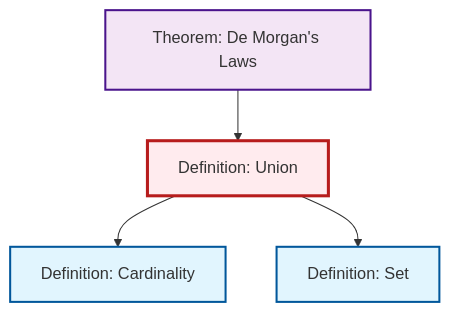
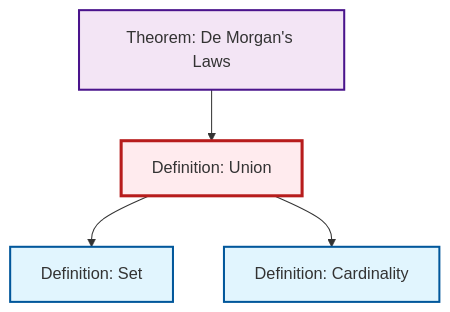
The diagram in content/en/logic-set-theory/def-union.qmd (RK0429/ModernMath), drawn with Mermaid before and after one commit. The commit also changed other lines of this file and 619 other files, not shown here.

````diff
--- a/content/en/logic-set-theory/def-union.qmd
+++ b/content/en/logic-set-theory/def-union.qmd
@@ -54,20 +54,20 @@
 ```{mermaid}
 %%| fig-cap: "Local dependency graph"
 graph TD
     classDef definition fill:#e1f5fe,stroke:#01579b,stroke-width:2px
     classDef theorem fill:#f3e5f5,stroke:#4a148c,stroke-width:2px
     classDef axiom fill:#fff3e0,stroke:#e65100,stroke-width:2px
     classDef example fill:#e8f5e9,stroke:#1b5e20,stroke-width:2px
     classDef current fill:#ffebee,stroke:#b71c1c,stroke-width:3px
     def-union["Definition: Union"]:::definition
+    thm-de-morgan["Theorem: De Morgan's Laws"]:::theorem
     def-cardinality["Definition: Cardinality"]:::definition
     def-set["Definition: Set"]:::definition
-    thm-de-morgan["Theorem: De Morgan's Laws"]:::theorem
+    def-union --> def-set
     thm-de-morgan --> def-union
     def-union --> def-cardinality
-    def-union --> def-set
     class def-union current
+    click thm-de-morgan "thm-de-morgan.html" "Go to De Morgan's Laws theorem"
     click def-cardinality "def-cardinality.html" "Go to Cardinality definition"
     click def-set "def-set.html" "Go to Set definition"
-    click thm-de-morgan "thm-de-morgan.html" "Go to De Morgan's Laws theorem"
 ```
````
